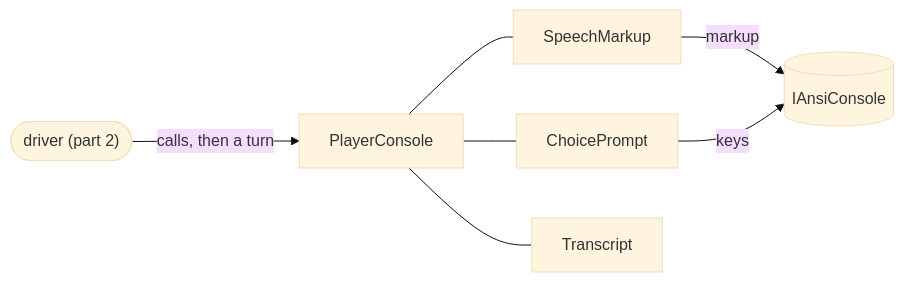
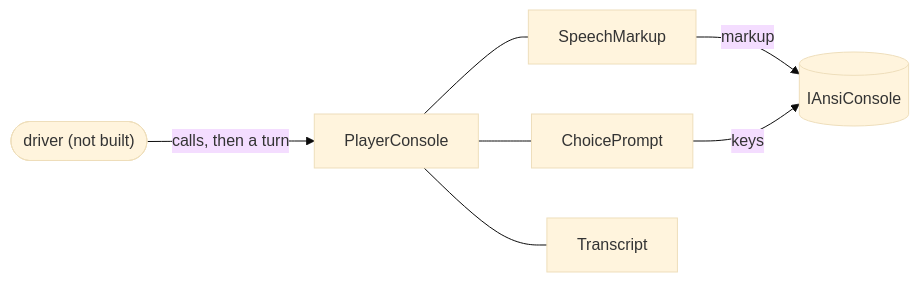
One commit to pengzhengyi/dialoguedown changed the diagram in docs/contributing/design-notes/cli/Play CLI - Terminal Player.md. Above: the diagram before and after it, drawn with Mermaid (base theme). The commit also changed other lines of this file and 178 other files, not shown here.

````diff
--- a/docs/contributing/design-notes/cli/Play CLI - Terminal Player.md
+++ b/docs/contributing/design-notes/cli/Play CLI - Terminal Player.md
@@ -156,9 +157,9 @@
 ```mermaid
 flowchart LR
-    D(["driver (part 2)"]) -->|"calls, then a turn"| PC[PlayerConsole]
+    D(["driver (not built)"]) -->|"calls, then a turn"| PC[PlayerConsole]
     PC --- SM[SpeechMarkup]
     PC --- CP[ChoicePrompt]
     PC --- TR[Transcript]
     SM -->|"markup"| C[(IAnsiConsole)]
     CP -->|"keys"| C
 ```
````
